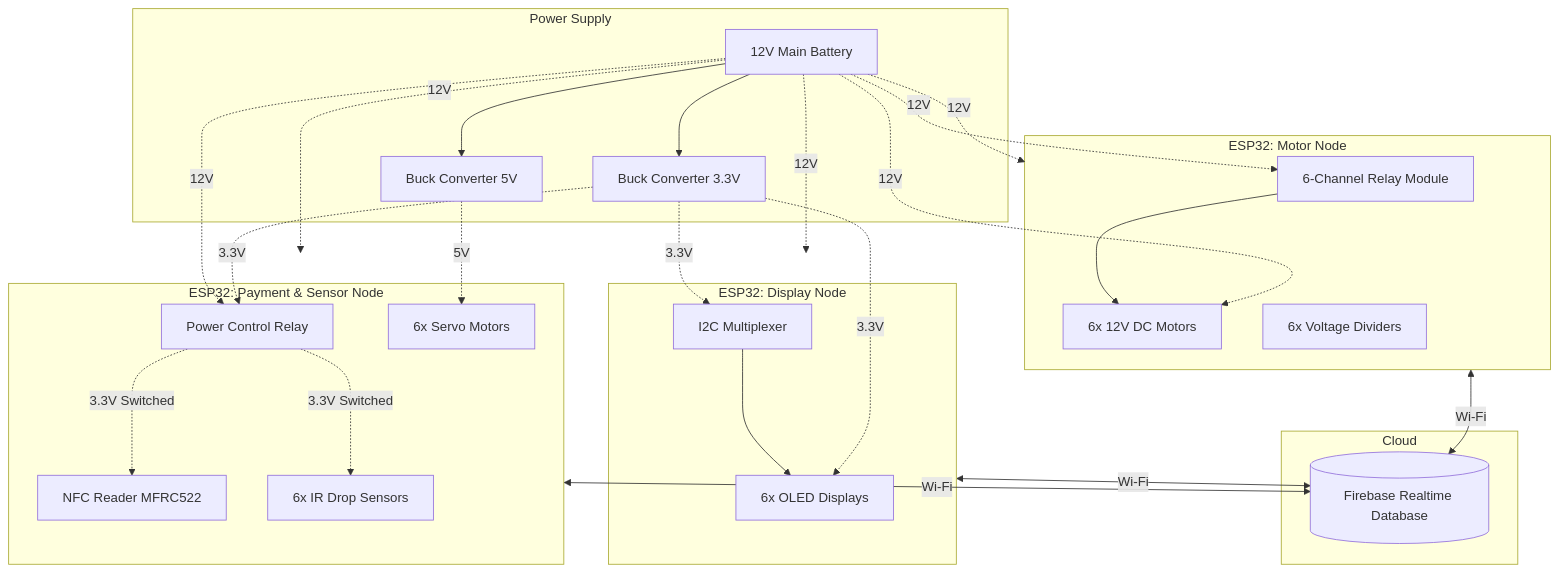
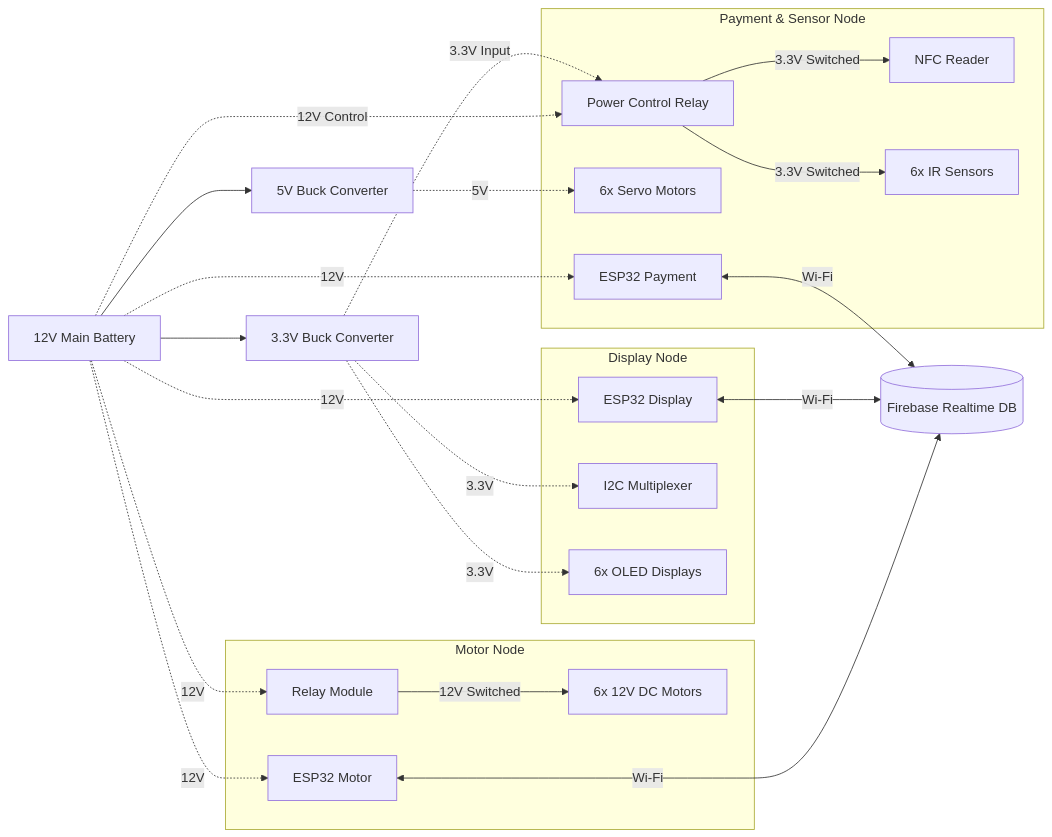
Before and after one commit to pandolfodaniel11/Intelligent-Retail-Automation-Platform: the diagram in README.md, drawn with Mermaid.

Commit message:
Revise high-level block diagram in README
Updated the high-level block diagram to reflect new power supply and node configurations.

````diff
--- a/README.md
+++ b/README.md
@@ -78,56 +78,64 @@
 ```mermaid
-graph TD
-    subgraph Cloud
-        FB[(Firebase Realtime Database)]
+graph LR
+    %% POWER SUPPLY (Left Side)
+    BAT[12V Main Battery]
+    B5[5V Buck Converter]
+    B3[3.3V Buck Converter]
+
+    BAT --> B5
+    BAT --> B3
+
+    %% CLOUD (Right Side)
+    FB[(Firebase Realtime DB)]
+
+    %% --------------------------------
+    %% 1. MOTOR NODE (Uses only 12V)
+    %% --------------------------------
+    subgraph "Motor Node"
+        ESP2[ESP32 Motor]
+        RLY_M[Relay Module]
+        M1[6x 12V DC Motors]
     end
 
-    subgraph Power Supply
-        BAT[12V Main Battery]
-        B5[Buck Converter 5V]
-        B3[Buck Converter 3.3V]
-        
-        BAT --> B5
-        BAT --> B3
+    BAT -.->|12V| ESP2
+    BAT -.->|12V| RLY_M
+    RLY_M -->|12V Switched| M1
+    
+    ESP2 <-->|Wi-Fi| FB
+
+    %% --------------------------------
+    %% 2. PAYMENT NODE (Uses 12V, 5V, 3.3V)
+    %% --------------------------------
+    subgraph "Payment & Sensor Node"
+        ESP3[ESP32 Payment]
+        SRV[6x Servo Motors]
+        RLY_P[Power Control Relay]
+        NFC[NFC Reader]
+        IR[6x IR Sensors]
     end
 
-    subgraph ESP32_1 [ESP32: Display Node]
-        MUX[I2C Multiplexer] --> O1[6x OLED Displays]
+    BAT -.->|12V| ESP3
+    B5 -.->|5V| SRV
+    
+    BAT -.->|12V Control| RLY_P
+    B3 -.->|3.3V Input| RLY_P
+    RLY_P -->|3.3V Switched| NFC
+    RLY_P -->|3.3V Switched| IR
+    
+    ESP3 <-->|Wi-Fi| FB
+
+    %% --------------------------------
+    %% 3. DISPLAY NODE (Uses 12V, 3.3V)
+    %% --------------------------------
+    subgraph "Display Node"
+        ESP1[ESP32 Display]
+        MUX[I2C Multiplexer]
+        OLED[6x OLED Displays]
     end
 
-    subgraph ESP32_2 [ESP32: Motor Node]
-        RLY_M[6-Channel Relay Module] --> M1[6x 12V DC Motors]
-        VD[6x Voltage Dividers]
-    end
+    BAT -.->|12V| ESP1
+    B3 -.->|3.3V| MUX
+    B3 -.->|3.3V| OLED
 
-    subgraph ESP32_3 [ESP32: Payment & Sensor Node]
-        RLY_P[Power Control Relay]
-        NFC[NFC Reader MFRC522]
-        IR[6x IR Drop Sensors]
-        SRV[6x Servo Motors]
-    end
-
-    %% Data / Logic Connections
-    ESP32_1 <-->|Wi-Fi| FB
-    ESP32_2 <-->|Wi-Fi| FB
-    ESP32_3 <-->|Wi-Fi| FB
-    
-    %% 12V Direct Power Routing
-    BAT -.->|12V| ESP32_1
-    BAT -.->|12V| ESP32_2
-    BAT -.->|12V| ESP32_3
-    BAT -.->|12V| M1
-    BAT -.->|12V| RLY_M
-    BAT -.->|12V| RLY_P
-    
-    %% 5V Power Routing
-    B5 -.->|5V| SRV
-    
-    %% 3.3V Power Routing (Always On)
-    B3 -.->|3.3V| O1
-    B3 -.->|3.3V| MUX
-    
-    %% 3.3V Power Routing (Switched via Relay)
-    B3 -.->|3.3V| RLY_P
-    RLY_P -.->|3.3V Switched| NFC
-    RLY_P -.->|3.3V Switched| IR
+    ESP1 <-->|Wi-Fi| FB
 ```
````
